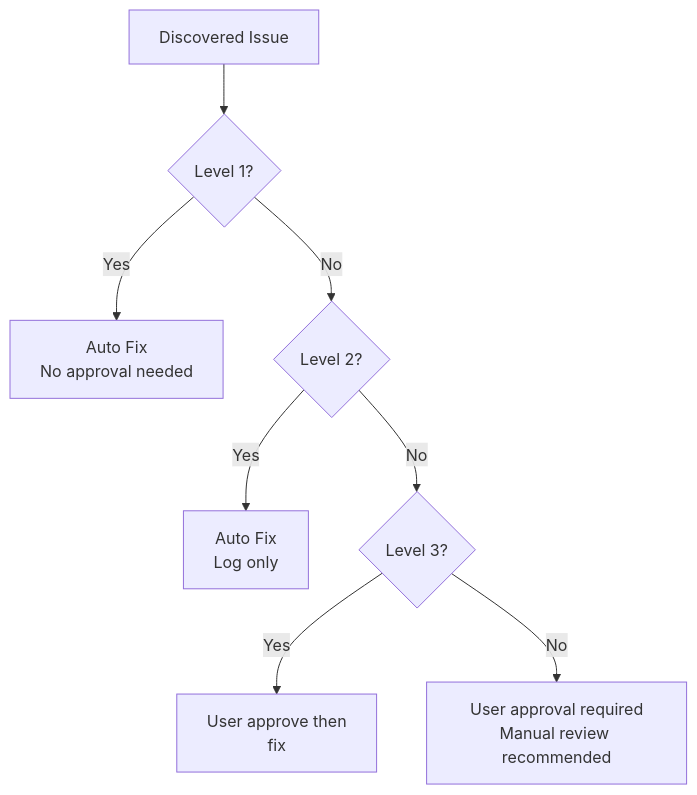
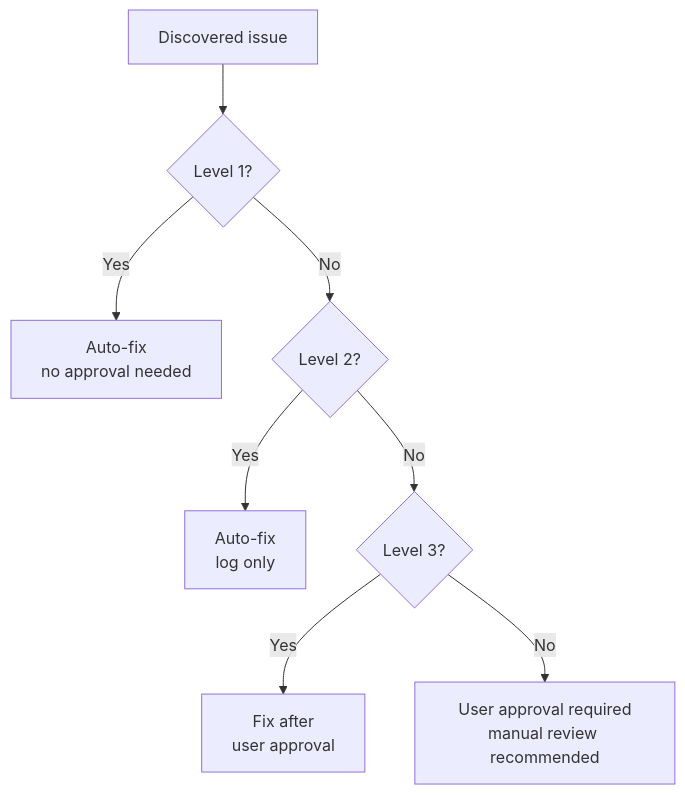
One commit to modu-ai/moai-adk changed the second of 3 diagrams in docs-site/content/en/utility-commands/moai-fix.md. Above: the diagram before and after it, drawn with Mermaid. The commit also changed other lines of this file and 395 other files, not shown here.

````diff
--- a/docs-site/content/en/utility-commands/moai-fix.md
+++ b/docs-site/content/en/utility-commands/moai-fix.md
@@ -116,10 +116,10 @@
 ```mermaid
 flowchart TD
-    Issue[Discovered Issue] --> L1{Level 1?}
-    L1 -->|Yes| Auto1["Auto Fix<br/>No approval needed"]
+    Issue[Discovered issue] --> L1{Level 1?}
+    L1 -->|Yes| Auto1["Auto-fix<br/>no approval needed"]
     L1 -->|No| L2{Level 2?}
-    L2 -->|Yes| Auto2["Auto Fix<br/>Log only"]
+    L2 -->|Yes| Auto2["Auto-fix<br/>log only"]
     L2 -->|No| L3{Level 3?}
-    L3 -->|Yes| Approve3["User approve then<br/>fix"]
-    L3 -->|No| Approve4["User approval required<br/>Manual review recommended"]
+    L3 -->|Yes| Approve3["Fix after<br/>user approval"]
+    L3 -->|No| Approve4["User approval required<br/>manual review recommended"]
 ```
````
